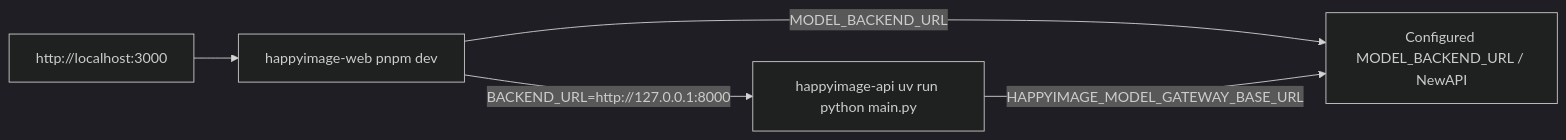
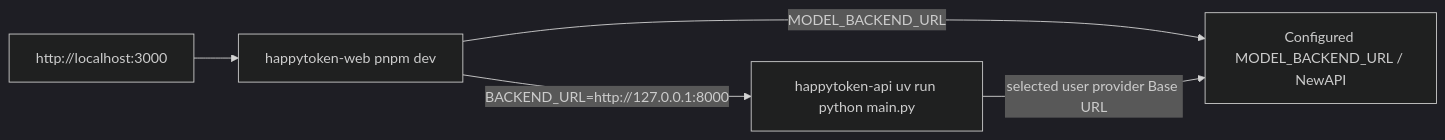
One commit to happy-token/HappyImage changed the sixth of 7 diagrams in docs/architecture.md. Above: the diagram before and after it, drawn with Mermaid (dark theme). The commit also changed other lines of this file and 109 other files, not shown here.

````diff
--- a/docs/architecture.md
+++ b/docs/architecture.md
@@ -159,12 +159,12 @@
 ```mermaid
 flowchart LR
   Browser["http://localhost:3000"]
-  Web["happyimage-web pnpm dev"]
-  API["happyimage-api uv run python main.py"]
+  Web["happytoken-web pnpm dev"]
+  API["happytoken-api uv run python main.py"]
   Gateway["Configured MODEL_BACKEND_URL / NewAPI"]
 
   Browser --> Web
   Web -->|"BACKEND_URL=http://127.0.0.1:8000"| API
   Web -->|"MODEL_BACKEND_URL"| Gateway
-  API -->|"HAPPYIMAGE_MODEL_GATEWAY_BASE_URL"| Gateway
+  API -->|"selected user provider Base URL"| Gateway
 ```
````
